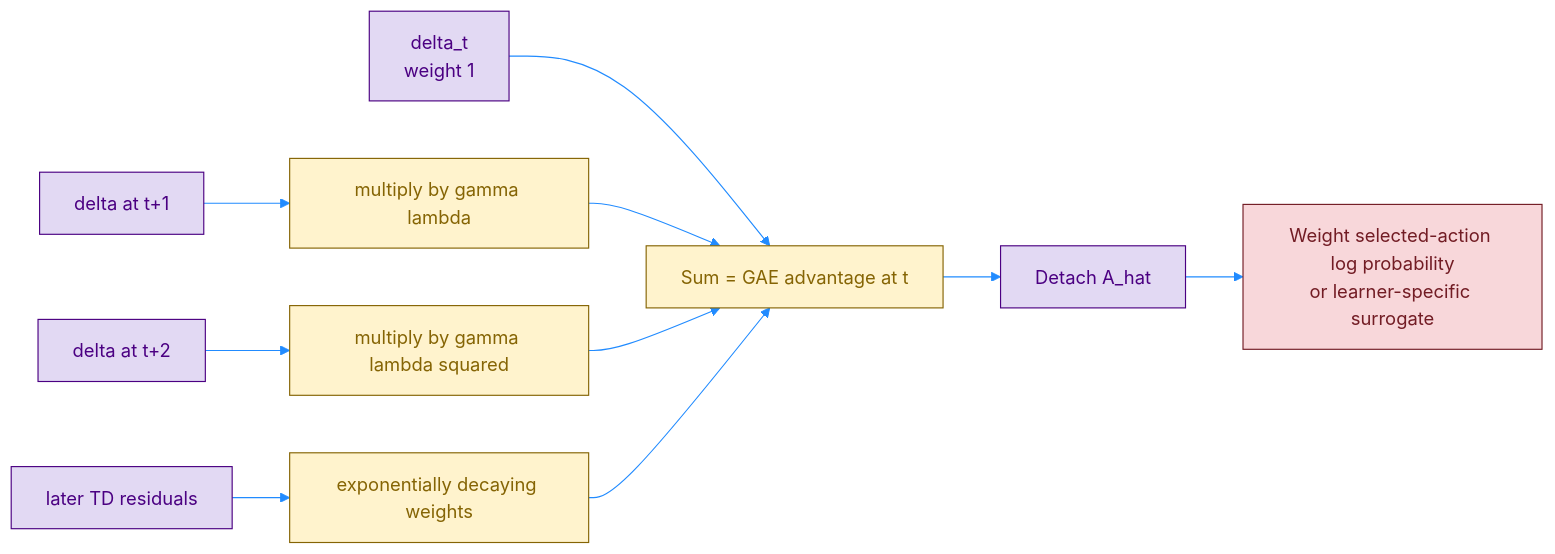
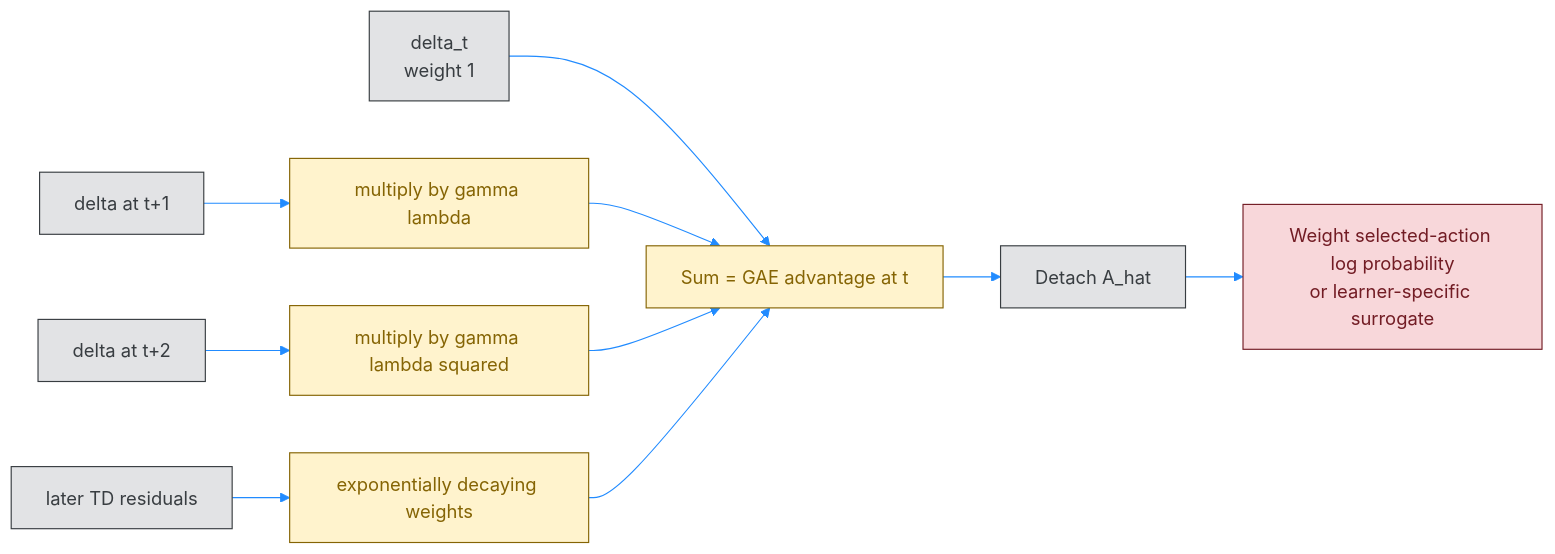
The second of 3 diagrams in Day81 RL python/02_Miguel Morales - Grokking Deep Reinforcement Learning/02_rl_with_dl/rom_photos/09_1_PB_GAE.md (Open-Source-Robotics-For-Myanmar/rl), drawn with Mermaid before and after one commit. The commit also changed other lines of this file and 12 other files, not shown here.

````diff
--- a/Day81 RL python/02_Miguel Morales - Grokking Deep Reinforcement Learning/02_rl_with_dl/rom_photos/09_1_PB_GAE.md
+++ b/Day81 RL python/02_Miguel Morales - Grokking Deep Reinforcement Learning/02_rl_with_dl/rom_photos/09_1_PB_GAE.md
@@ -73,20 +93,21 @@
 ```mermaid
 %%{init: {'theme': 'base', 'themeVariables': { 'primaryColor': '#ffffff', 'lineColor': '#218bff'}}}%%
 flowchart LR
     D0["delta_t<br/>weight 1"] --> SUM["Sum = GAE advantage at t"]
     D1["delta at t+1"] --> W1["multiply by gamma lambda"]
     D2["delta at t+2"] --> W2["multiply by gamma lambda squared"]
     DN["later TD residuals"] --> WN["exponentially decaying weights"]
     W1 --> SUM
     W2 --> SUM
     WN --> SUM
     SUM --> SG["Detach A_hat"]
     SG --> L["Weight selected-action log probability<br/>or learner-specific surrogate"]
 
-    classDef target fill:#e2d9f3,stroke:#4b0082,stroke-width:1px,color:#4b0082;
-    classDef advantage fill:#fff3cd,stroke:#856404,stroke-width:1px,color:#856404;
+    classDef batch fill:#fff3cd,stroke:#856404,stroke-width:1px,color:#856404;
     classDef train fill:#f8d7da,stroke:#721c24,stroke-width:1px,color:#721c24;
-    class D0,D1,D2,DN,SG target;
-    class W1,W2,WN,SUM advantage;
+    classDef result fill:#e2e3e5,stroke:#383d41,stroke-width:1px,color:#383d41;
+
+    class W1,W2,WN,SUM batch;
     class L train;
+    class D0,D1,D2,DN,SG result;
 ```
````
